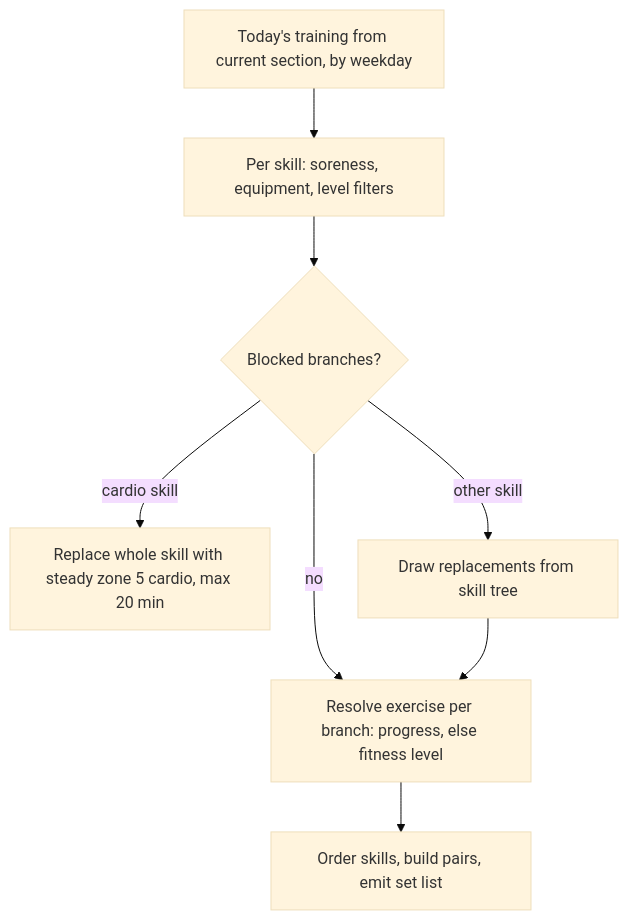
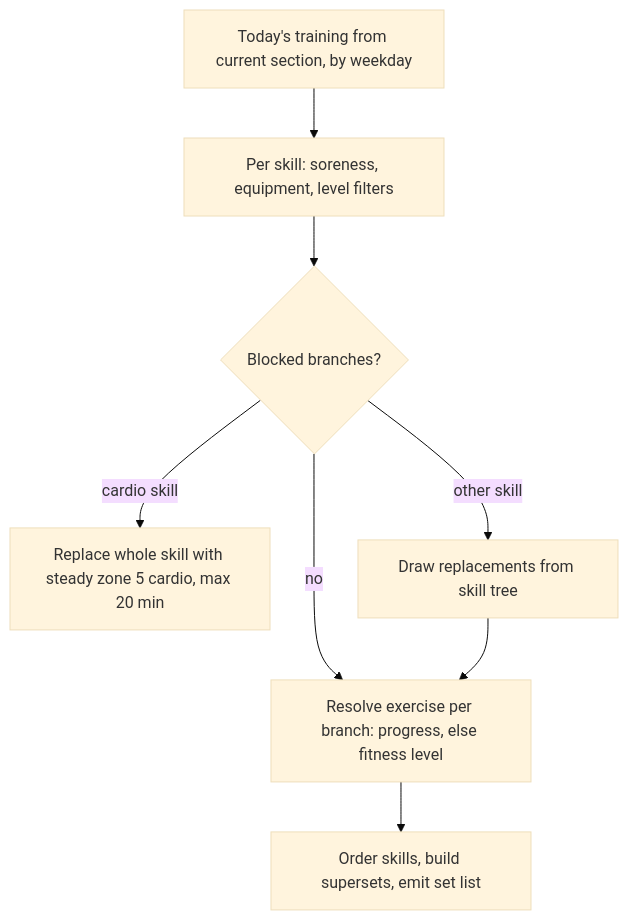
The diagram in athlete-mobile/docs/specs/session/plan-workout-generation.md (digital-athletic/sports-athletic), drawn with Mermaid (base theme) before and after one commit. The commit also changed other lines of this file and 11 other files, not shown here.

````diff
--- a/athlete-mobile/docs/specs/session/plan-workout-generation.md
+++ b/athlete-mobile/docs/specs/session/plan-workout-generation.md
@@ -68,10 +83,10 @@
 ```mermaid
 flowchart TD
     A[Today's training from current section, by weekday] --> B[Per skill: soreness, equipment, level filters]
     B --> C{Blocked branches?}
     C -- no --> F[Resolve exercise per branch: progress, else fitness level]
     C -- cardio skill --> D[Replace whole skill with steady zone 5 cardio, max 20 min]
     C -- other skill --> E[Draw replacements from skill tree]
     E --> F
-    F --> G[Order skills, build pairs, emit set list]
+    F --> G[Order skills, build supersets, emit set list]
 ```
````
